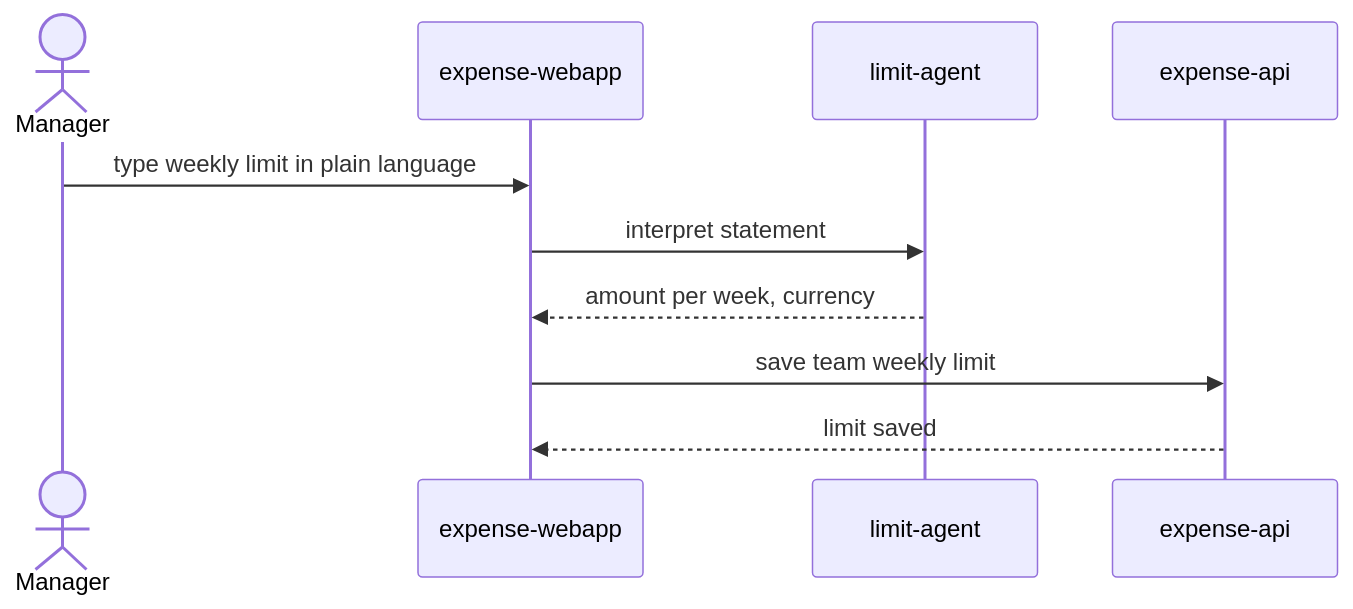
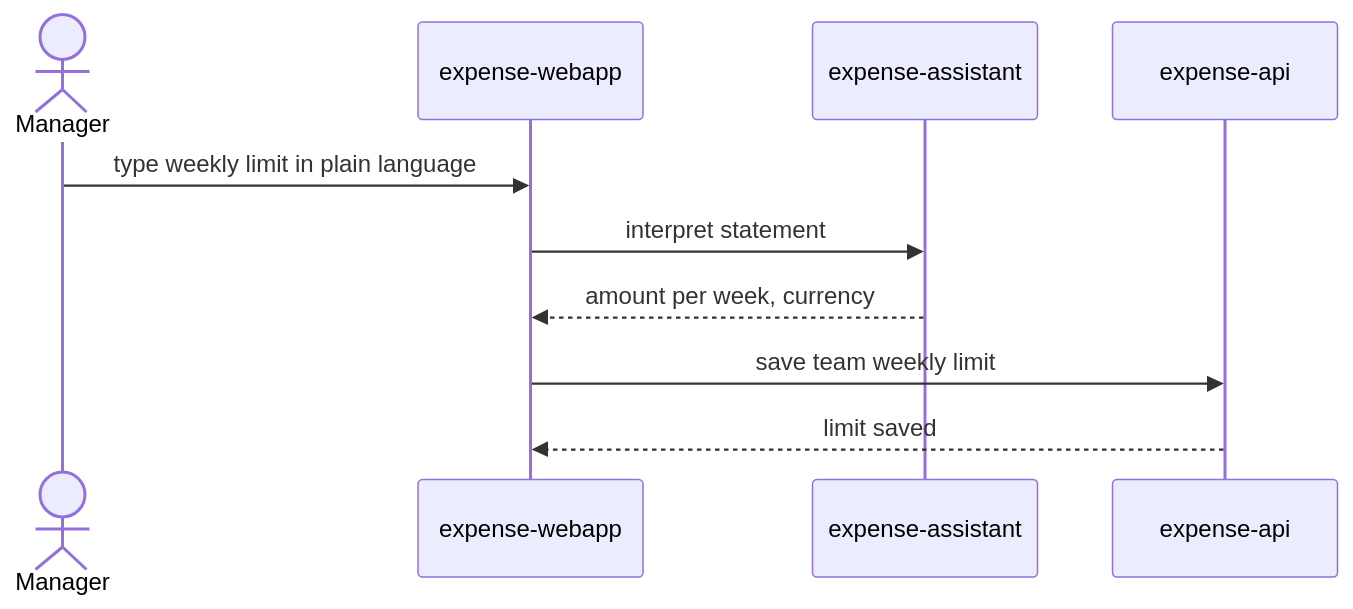
The diagram in specs/design/flows/set-weekly-limit.md (TestAgenticEngOrg/expense-claim-whuer), drawn with Mermaid before and after one commit. The commit also changed 9 other files, not shown here.

````diff
--- a/specs/design/flows/set-weekly-limit.md
+++ b/specs/design/flows/set-weekly-limit.md
@@ -6,13 +6,13 @@
 ```mermaid
 sequenceDiagram
     actor Manager
     participant expense-webapp
-    participant limit-agent
+    participant expense-assistant
     participant expense-api
 
     Manager->>expense-webapp: type weekly limit in plain language
-    expense-webapp->>limit-agent: interpret statement
-    limit-agent-->>expense-webapp: amount per week, currency
+    expense-webapp->>expense-assistant: interpret statement
+    expense-assistant-->>expense-webapp: amount per week, currency
     expense-webapp->>expense-api: save team weekly limit
     expense-api-->>expense-webapp: limit saved
 ```
````
